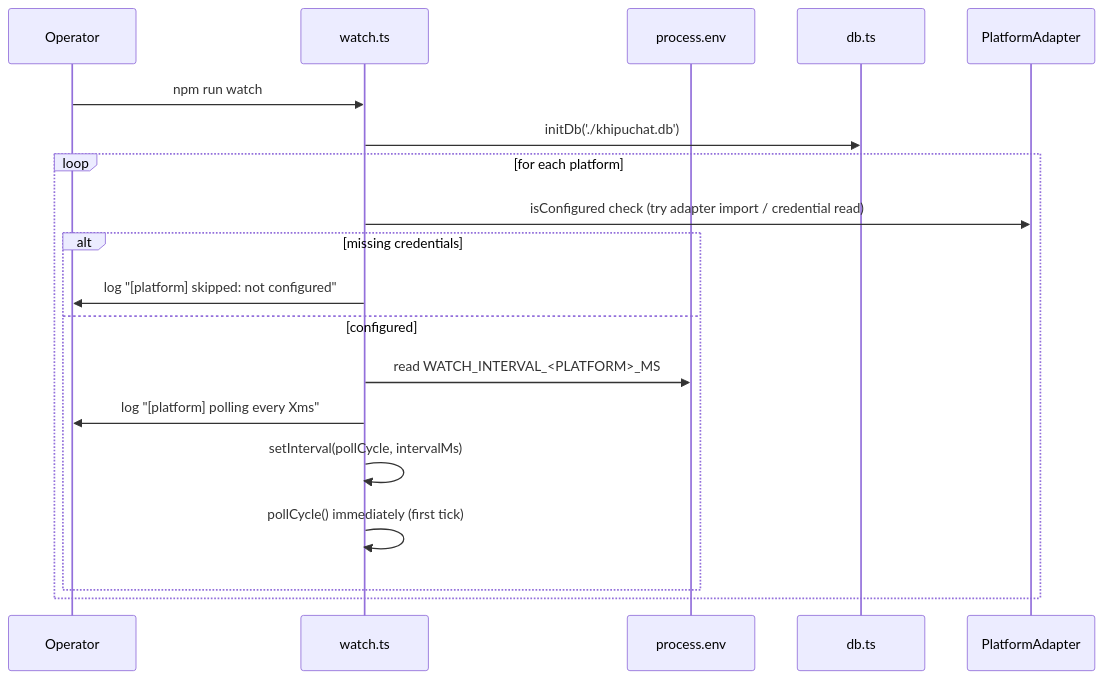
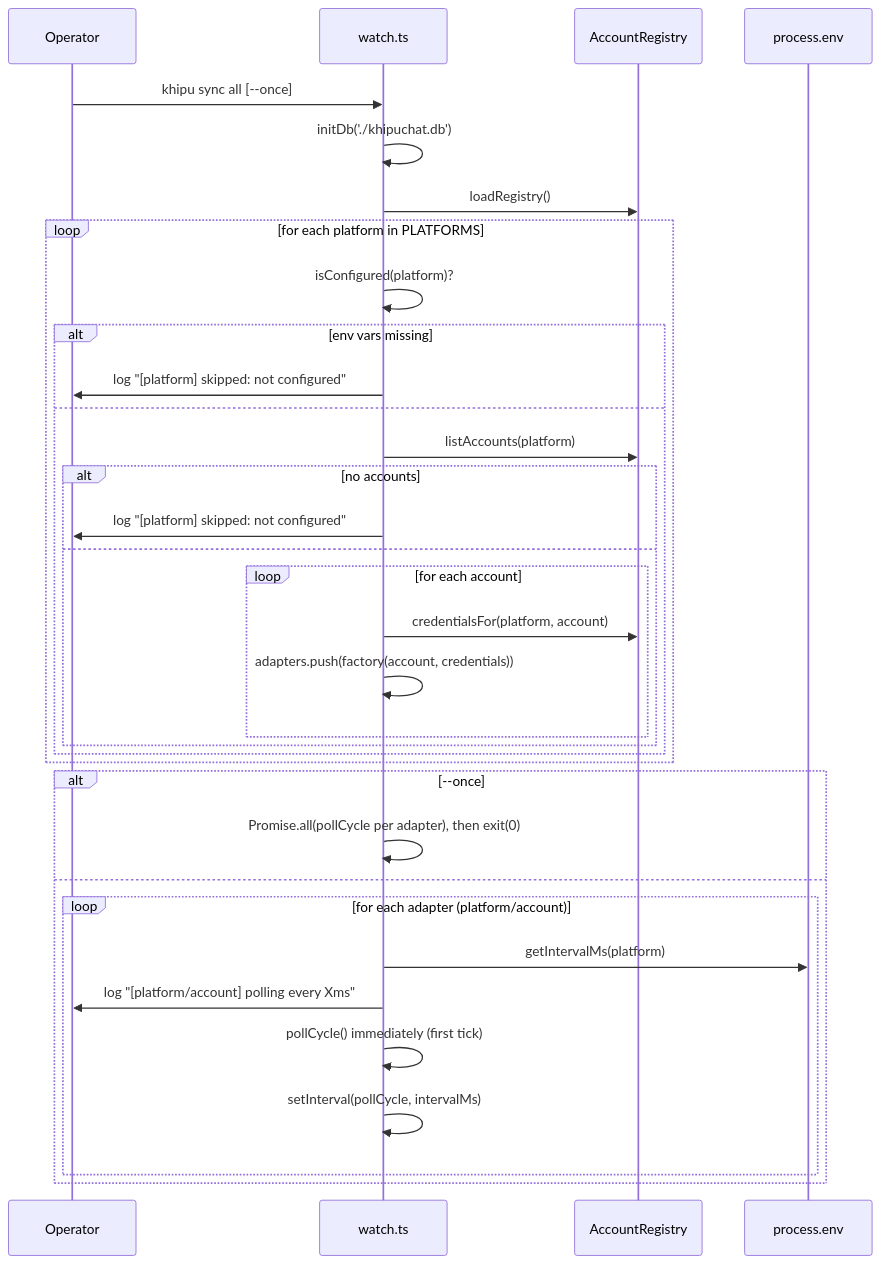
One commit to yanicklandry/khipuchat changed the second of 4 diagrams in .kiro/specs/sync-watcher/design.md. Above: the diagram before and after it, drawn with Mermaid. The commit also changed other lines of this file and 4 other files, not shown here.

````diff
--- a/.kiro/specs/sync-watcher/design.md
+++ b/.kiro/specs/sync-watcher/design.md
@@ -128,22 +150,37 @@
 ```mermaid
 sequenceDiagram
     participant Op as Operator
     participant W as watch.ts
+    participant R as AccountRegistry
     participant Env as process.env
-    participant DB as db.ts
-    participant A as PlatformAdapter
 
-    Op->>W: npm run watch
-    W->>DB: initDb('./khipuchat.db')
-    loop for each platform
-        W->>A: isConfigured check (try adapter import / credential read)
-        alt missing credentials
+    Op->>W: khipu sync all [--once]
+    W->>W: initDb('./khipuchat.db')
+    W->>R: loadRegistry()
+    loop for each platform in PLATFORMS
+        W->>W: isConfigured(platform)?
+        alt env vars missing
             W->>Op: log "[platform] skipped: not configured"
-        else configured
-            W->>Env: read WATCH_INTERVAL_<PLATFORM>_MS
-            W->>Op: log "[platform] polling every Xms"
+        else
+            W->>R: listAccounts(platform)
+            alt no accounts
+                W->>Op: log "[platform] skipped: not configured"
+            else
+                loop for each account
+                    W->>R: credentialsFor(platform, account)
+                    W->>W: adapters.push(factory(account, credentials))
+                end
+            end
+        end
+    end
+    alt --once
+        W->>W: Promise.all(pollCycle per adapter), then exit(0)
+    else
+        loop for each adapter (platform/account)
+            W->>Env: getIntervalMs(platform)
+            W->>Op: log "[platform/account] polling every Xms"
+            W->>W: pollCycle() immediately (first tick)
             W->>W: setInterval(pollCycle, intervalMs)
-            W->>W: pollCycle() immediately (first tick)
         end
     end
 ```
````
